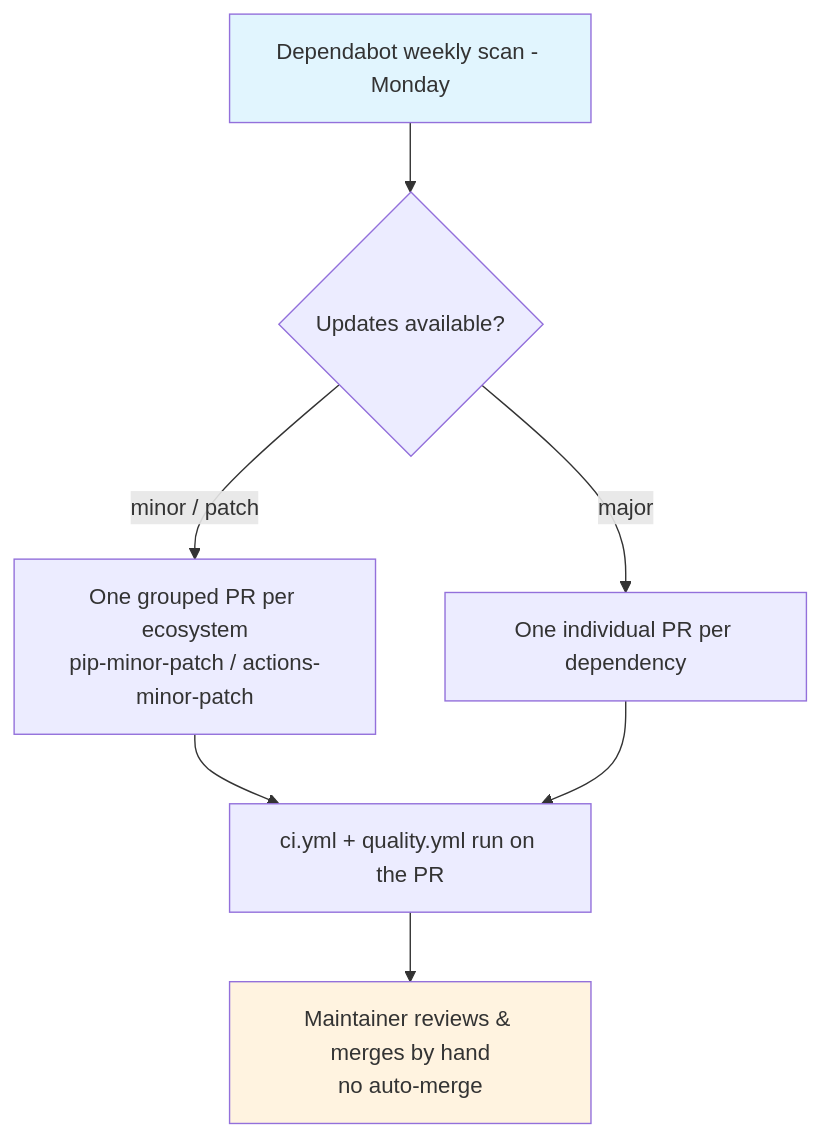
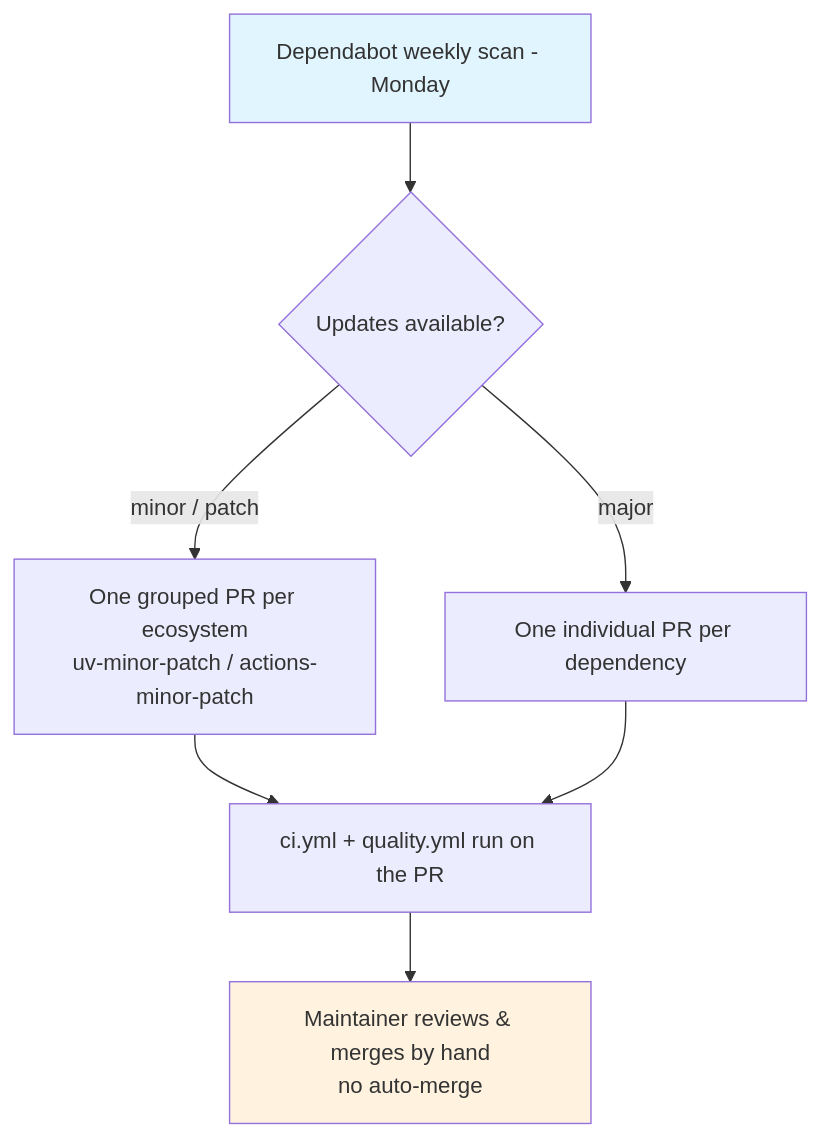
Before and after one commit to davidouagne/datahub-yaml-source: the diagram in spec/spec-process-cicd-dependabot.md, drawn with Mermaid. The commit also changed other lines of this file and 15 other files, not shown here.

````diff
--- a/spec/spec-process-cicd-dependabot.md
+++ b/spec/spec-process-cicd-dependabot.md
@@ -28,12 +28,12 @@
 ```mermaid
 graph TD
     A[Dependabot weekly scan - Monday] --> B{Updates available?}
-    B -->|minor / patch| C[One grouped PR per ecosystem<br/>pip-minor-patch / actions-minor-patch]
+    B -->|minor / patch| C[One grouped PR per ecosystem<br/>uv-minor-patch / actions-minor-patch]
     B -->|major| D[One individual PR per dependency]
     C --> E[ci.yml + quality.yml run on the PR]
     D --> E
     E --> F[Maintainer reviews & merges by hand<br/>no auto-merge]
 
     style A fill:#e1f5fe
     style F fill:#fff3e0
 ```
````
